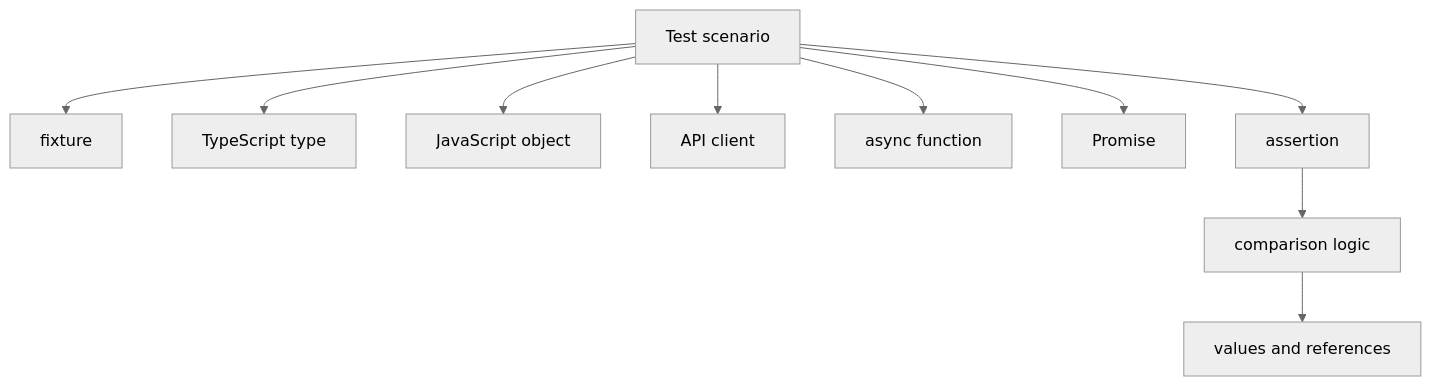
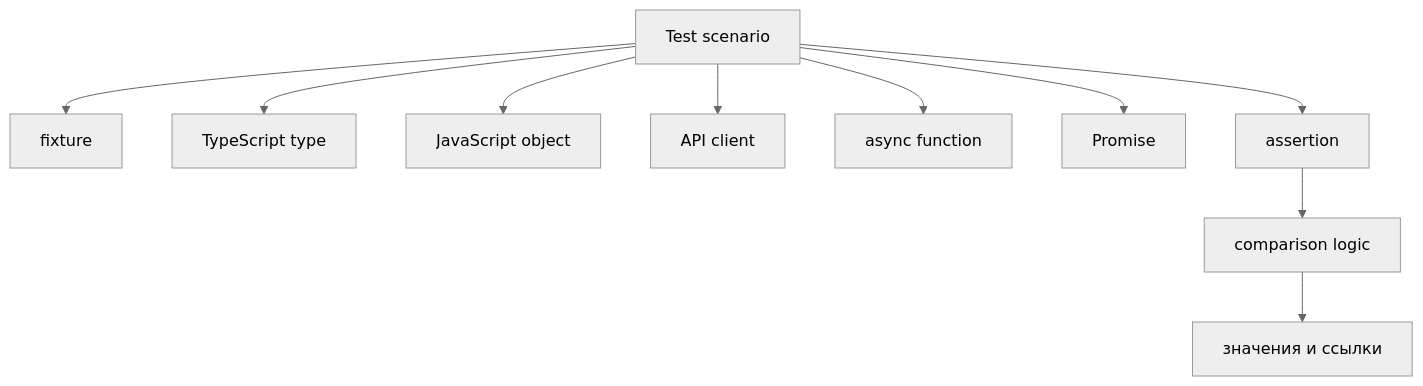
Before and after one commit to Bimba333/qa-js-ts-cookbook: diagram 25 of 25 in docs/00-introduction/03-course-structure.md, drawn with Mermaid (neutral theme). The commit also changed 101 other files, not shown here.

````diff
--- a/docs/00-introduction/03-course-structure.md
+++ b/docs/00-introduction/03-course-structure.md
@@ -875,22 +875,22 @@
 ```mermaid
 flowchart TD
     N1["Test scenario"]
     N2["fixture"]
     N3["TypeScript type"]
     N4["JavaScript object"]
     N5["API client"]
     N6["async function"]
     N7["Promise"]
     N8["assertion"]
     N9["comparison logic"]
-    N10["values and references"]
+    N10["значения и ссылки"]
     N1 --> N2
     N1 --> N3
     N1 --> N4
     N1 --> N5
     N1 --> N6
     N1 --> N7
     N1 --> N8
     N8 --> N9
     N9 --> N10
 ```
````
